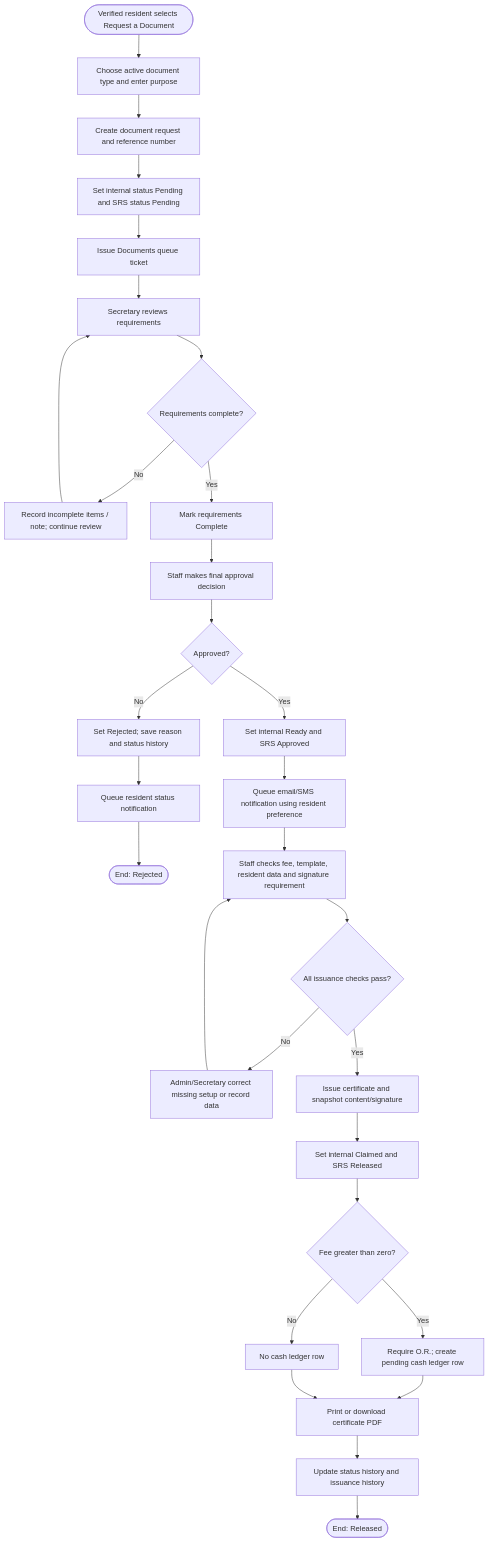
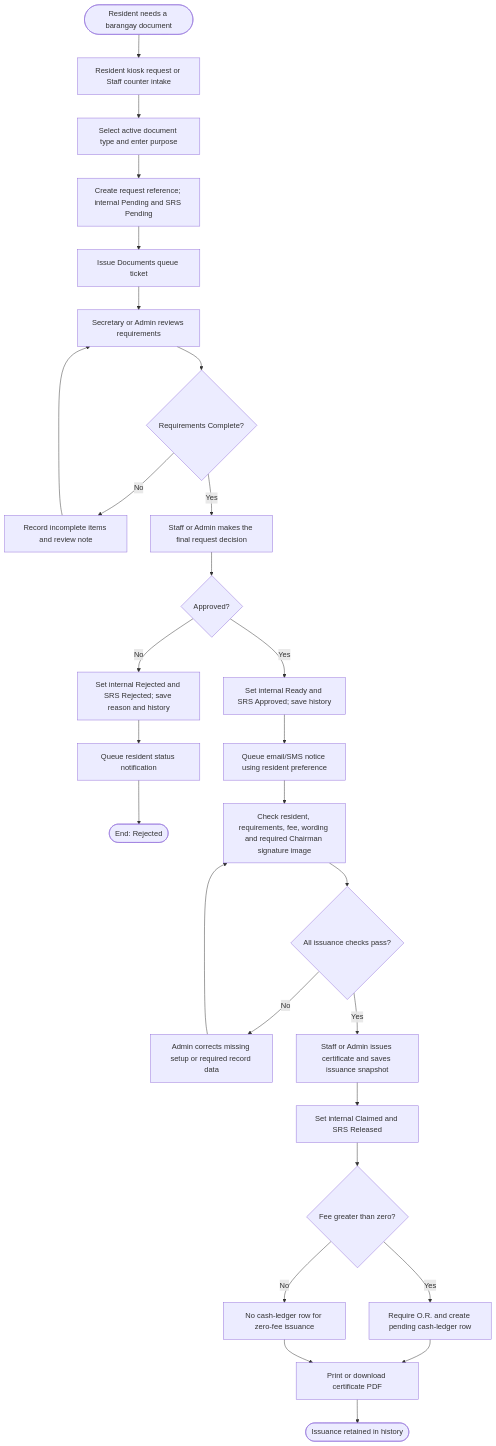
The third of 6 diagrams in docs/BRMS_BPMN.md (sachie34/Birms), drawn with Mermaid before and after one commit. The commit also changed other lines of this file, not shown here.

````diff
--- a/docs/BRMS_BPMN.md
+++ b/docs/BRMS_BPMN.md
@@ -39,32 +63,30 @@
 ```mermaid
 flowchart TD
-    A([Verified resident selects Request a Document]) --> B[Choose active document type and enter purpose]
-    B --> C[Create document request and reference number]
-    C --> D[Set internal status Pending and SRS status Pending]
+    A([Resident needs a barangay document]) --> B[Resident kiosk request or Staff counter intake]
+    B --> C[Select active document type and enter purpose]
+    C --> D[Create request reference; internal Pending and SRS Pending]
     D --> E[Issue Documents queue ticket]
-    E --> F[Secretary reviews requirements]
-    F --> G{Requirements complete?}
-    G -- No --> H[Record incomplete items / note; continue review]
+    E --> F[Secretary or Admin reviews requirements]
+    F --> G{Requirements Complete?}
+    G -- No --> H[Record incomplete items and review note]
     H --> F
-    G -- Yes --> I[Mark requirements Complete]
-    I --> J[Staff makes final approval decision]
-    J --> K{Approved?}
-    K -- No --> L[Set Rejected; save reason and status history]
-    L --> M[Queue resident status notification]
-    M --> N([End: Rejected])
-    K -- Yes --> O[Set internal Ready and SRS Approved]
-    O --> P[Queue email/SMS notification using resident preference]
-    P --> Q[Staff checks fee, template, resident data and signature requirement]
-    Q --> R{All issuance checks pass?}
-    R -- No --> S[Admin/Secretary correct missing setup or record data]
-    S --> Q
-    R -- Yes --> T[Issue certificate and snapshot content/signature]
-    T --> U[Set internal Claimed and SRS Released]
-    U --> V{Fee greater than zero?}
-    V -- Yes --> W[Require O.R.; create pending cash ledger row]
-    V -- No --> X[No cash ledger row]
-    W --> Y[Print or download certificate PDF]
-    X --> Y
-    Y --> Z[Update status history and issuance history]
-    Z --> AA([End: Released])
+    G -- Yes --> I[Staff or Admin makes the final request decision]
+    I --> J{Approved?}
+    J -- No --> K[Set internal Rejected and SRS Rejected; save reason and history]
+    K --> L[Queue resident status notification]
+    L --> M([End: Rejected])
+    J -- Yes --> N[Set internal Ready and SRS Approved; save history]
+    N --> O[Queue email/SMS notice using resident preference]
+    O --> P[Check resident, requirements, fee, wording and required Chairman signature image]
+    P --> Q{All issuance checks pass?}
+    Q -- No --> R[Admin corrects missing setup or required record data]
+    R --> P
+    Q -- Yes --> S[Staff or Admin issues certificate and saves issuance snapshot]
+    S --> T[Set internal Claimed and SRS Released]
+    T --> U{Fee greater than zero?}
+    U -- Yes --> V[Require O.R. and create pending cash-ledger row]
+    U -- No --> W[No cash-ledger row for zero-fee issuance]
+    V --> X[Print or download certificate PDF]
+    W --> X
+    X --> Y([Issuance retained in history])
 ```
````
